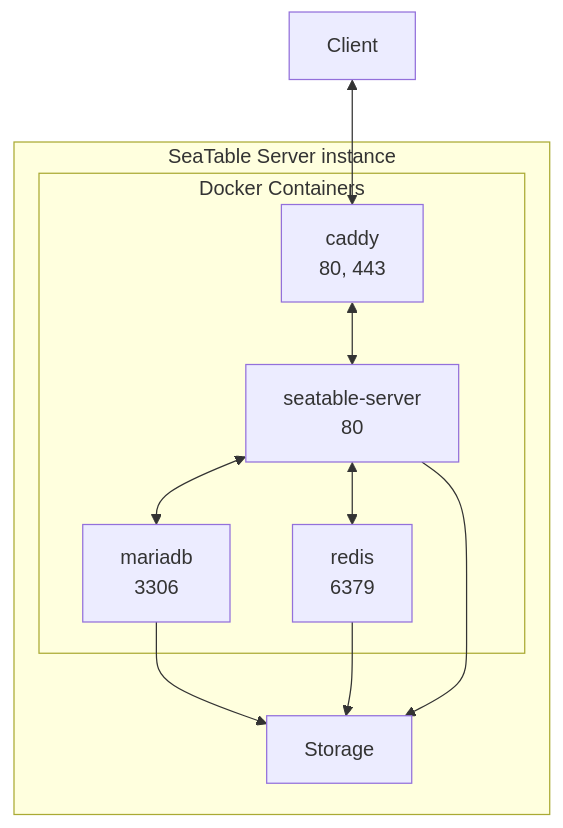
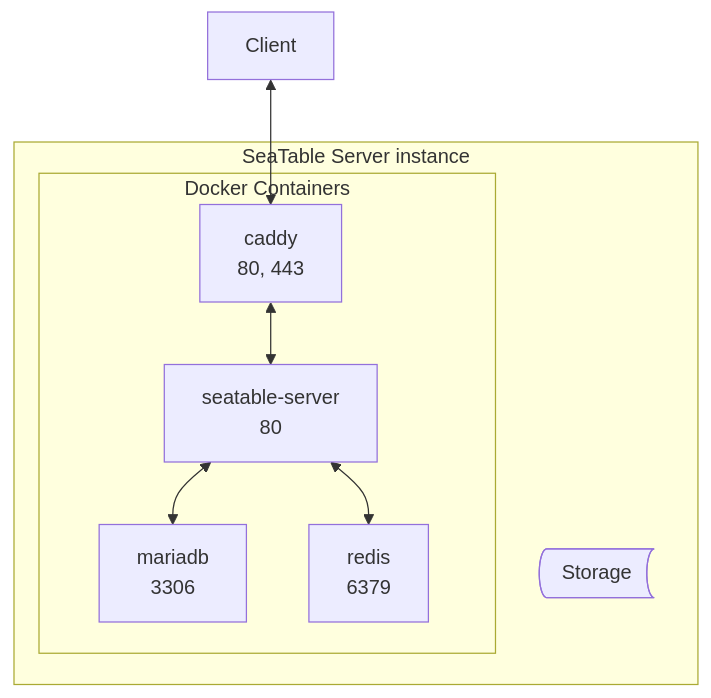
Before and after one commit to seatable/seatable-admin-docs: the first of 2 diagrams in docs/introduction/architecture.md, drawn with Mermaid. The commit also changed other lines of this file, not shown here.

Commit message:
Storage separated in overview, more precise description of S3

````diff
--- a/docs/introduction/architecture.md
+++ b/docs/introduction/architecture.md
@@ -9,19 +9,16 @@
 ```mermaid
 flowchart TB
     Client<-->A
     subgraph s[SeaTable Server instance]
         subgraph d[Docker Containers]
             A[caddy<br/>80, 443]
             B[seatable-server<br/>80]
             C[mariadb<br/>3306]
             D[redis<br/>6379]
             A<-->B
             B<-->C
             B<-->D
         end
-        F[Storage]
-        C --> F
-        D --> F
-        B --> F
+        F@{ shape: bow-rect, label: "Storage"}
     end
 ```
````
